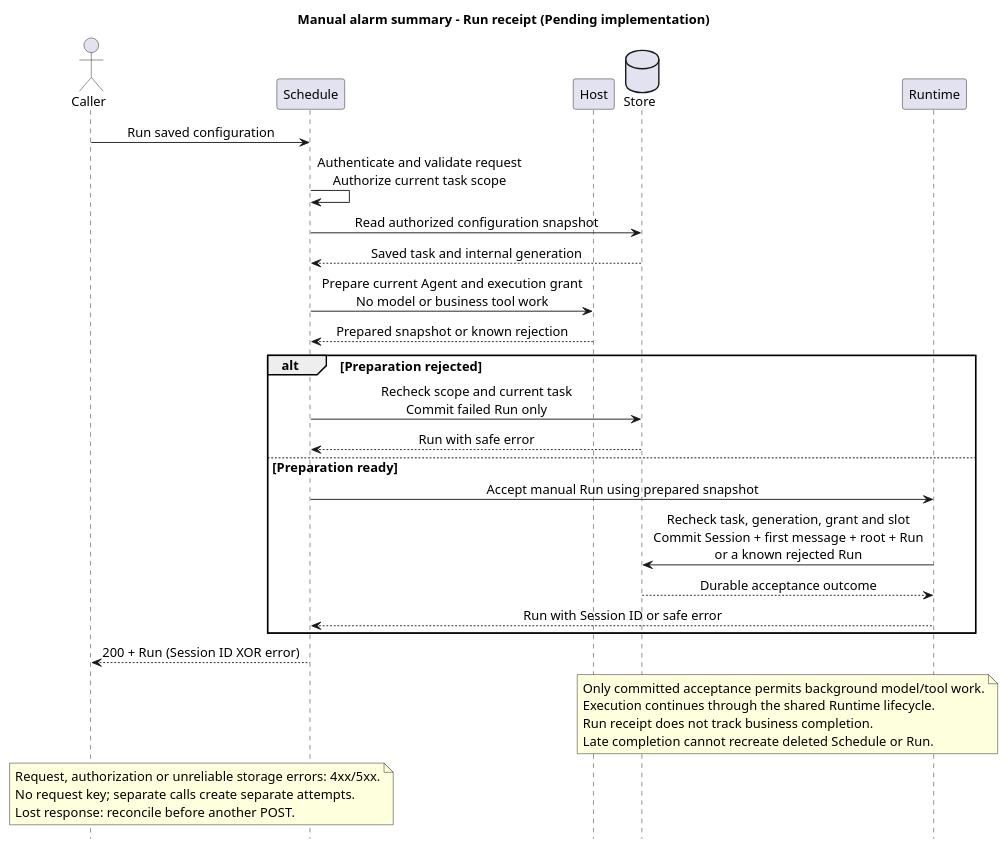
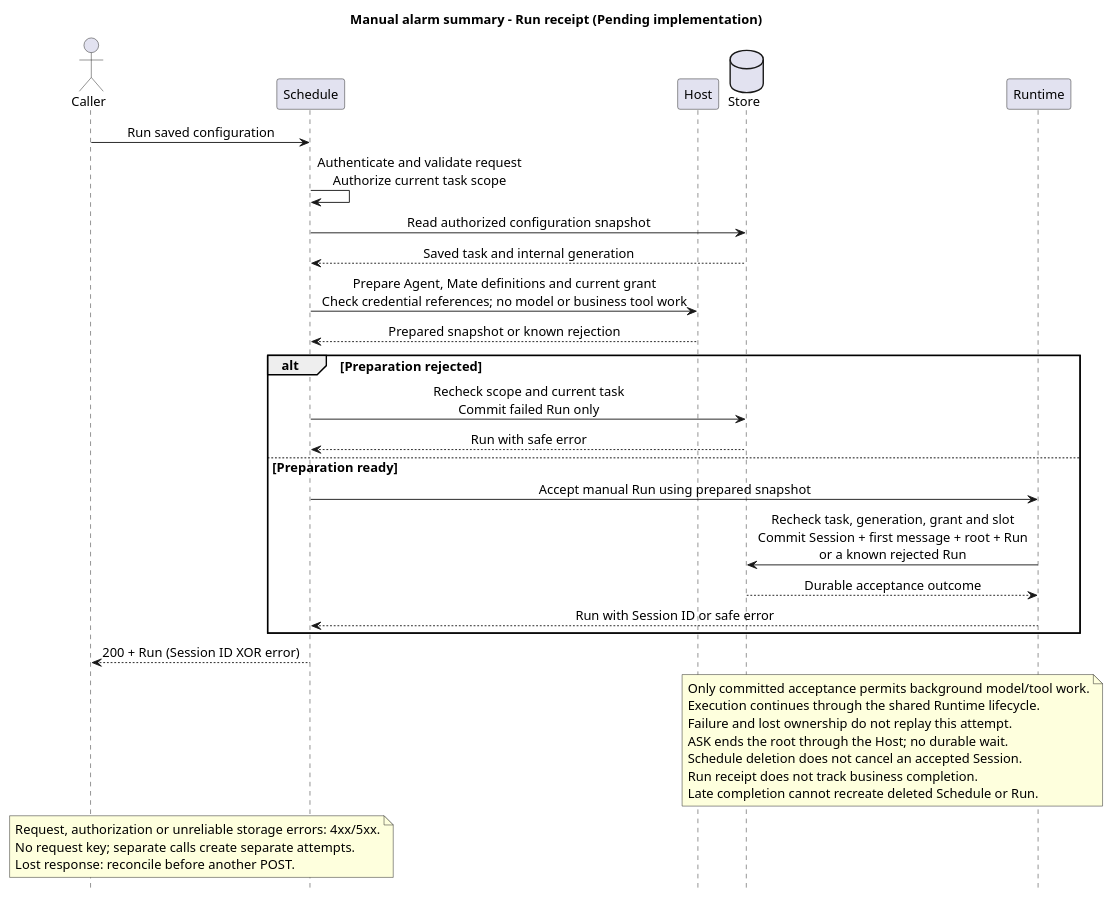
One commit to ssm0808/pi-mono-java-design changed the fourth of 4 diagrams in 01-总体架构/08-CampusClaw定时任务/diagram.puml. Above: the diagram before and after it, drawn with PlantUML. The commit also changed other lines of this file and 15 other files, not shown here.

Commit message:
docs(schedule): define noninteractive execution and Mate credentials

```diff
--- a/01-总体架构/08-CampusClaw定时任务/diagram.puml
+++ b/01-总体架构/08-CampusClaw定时任务/diagram.puml
@@ -172,47 +203,50 @@
 @startuml schedule_manual_run
 ' Target: Pending implementation; manual alarm summary from request to Run response.
 ' Baseline: Claude deployments/run and deployment_runs, checked 2026-10-05, Beta.
 ' Java baseline: 553dcd5e2ff682f9684810a043b442b37a02e54a, main, fetched 2026-10-05.
 ' Source: modules/cron/src/main/java/com/campusclaw/cron/engine/CronEngine.java triggerJob.
 ' Source: modules/coding-agent-cli/src/main/java/com/campusclaw/codingagent/tool/cron/ManagedCronSessionRunner.java execute.
 ' Source: modules/coding-agent-cli/src/main/java/com/campusclaw/codingagent/runtimeapi/persistence/RuntimeExecutionPersistenceService.java acceptMessage.
 ' Design reason: return a durable acceptance outcome without waiting for model completion.
 ' Architecture change: manual and automatic entries share admission, not legacy prompt.join().
 title Manual alarm summary - Run receipt (Pending implementation)
 hide footbox
 skinparam backgroundColor white
 skinparam defaultFontSize 14
 skinparam sequenceMessageAlign center
 actor Caller
 participant Schedule
 participant Host
 database Store
 participant Runtime
 Caller -> Schedule : Run saved configuration
 Schedule -> Schedule : Authenticate and validate request\nAuthorize current task scope
 Schedule -> Store : Read authorized configuration snapshot
 Store --> Schedule : Saved task and internal generation
-Schedule -> Host : Prepare current Agent and execution grant\nNo model or business tool work
+Schedule -> Host : Prepare Agent, Mate definitions and current grant\nCheck credential references; no model or business tool work
 Host --> Schedule : Prepared snapshot or known rejection
 alt Preparation rejected
   Schedule -> Store : Recheck scope and current task\nCommit failed Run only
   Store --> Schedule : Run with safe error
 else Preparation ready
   Schedule -> Runtime : Accept manual Run using prepared snapshot
   Runtime -> Store : Recheck task, generation, grant and slot\nCommit Session + first message + root + Run\nor a known rejected Run
   Store --> Runtime : Durable acceptance outcome
   Runtime --> Schedule : Run with Session ID or safe error
 end
 Schedule --> Caller : 200 + Run (Session ID XOR error)
 note over Store, Runtime
   Only committed acceptance permits background model/tool work.
   Execution continues through the shared Runtime lifecycle.
+  Failure and lost ownership do not replay this attempt.
+  ASK ends the root through the Host; no durable wait.
+  Schedule deletion does not cancel an accepted Session.
   Run receipt does not track business completion.
   Late completion cannot recreate deleted Schedule or Run.
 end note
 note over Caller, Schedule
   Request, authorization or unreliable storage errors: 4xx/5xx.
   No request key; separate calls create separate attempts.
   Lost response: reconcile before another POST.
 end note
 @enduml
```
